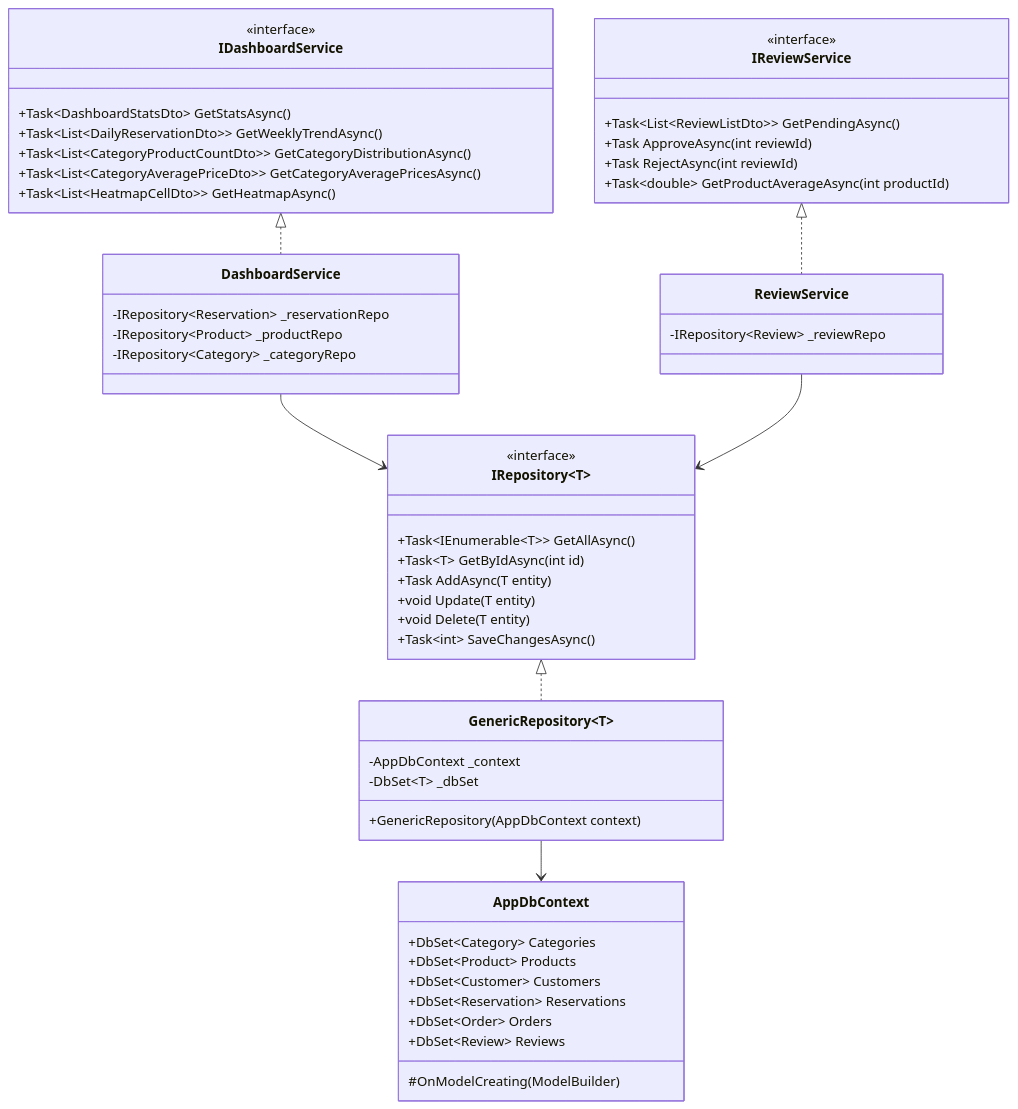
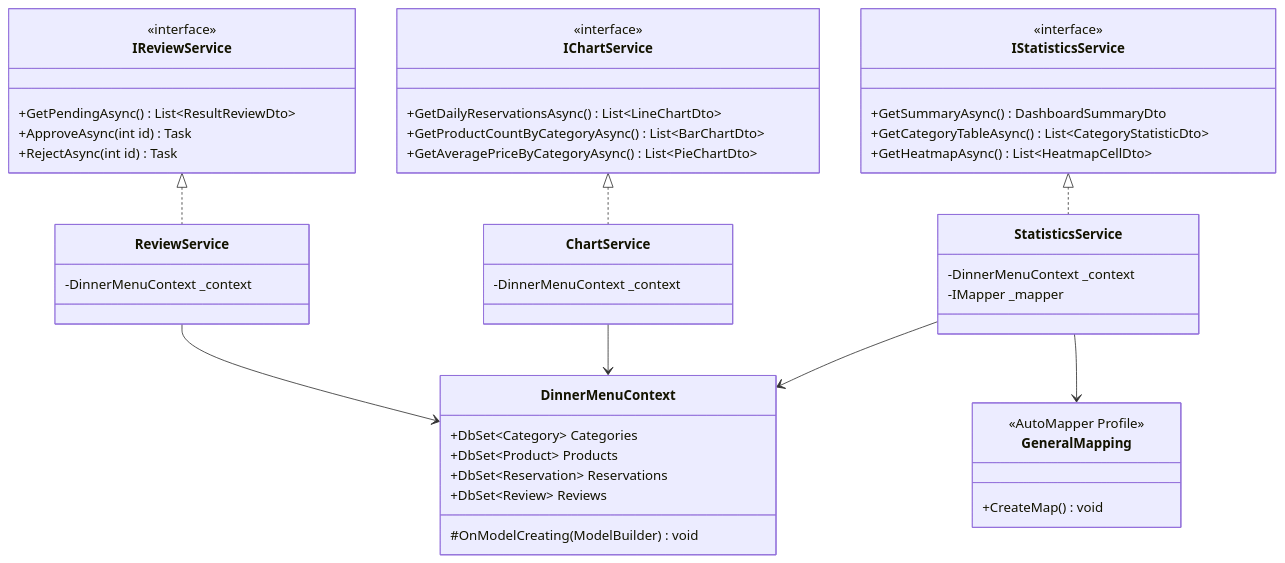
The fifth of 10 diagrams in README.md (yelda-batti0/DinaRestaurant-PostgreSQL), drawn with Mermaid before and after one commit. The commit also changed other lines of this file, not shown here.

````diff
--- a/README.md
+++ b/README.md
@@ -545,64 +459,57 @@
 ```mermaid
 classDiagram
-    direction TB
-
-    class IRepository~T~ {
-        <<interface>>
-        +Task~IEnumerable~T~~ GetAllAsync()
-        +Task~T~ GetByIdAsync(int id)
-        +Task AddAsync(T entity)
-        +void Update(T entity)
-        +void Delete(T entity)
-        +Task~int~ SaveChangesAsync()
+    class DinnerMenuContext {
+        +DbSet~Category~ Categories
+        +DbSet~Product~ Products
+        +DbSet~Reservation~ Reservations
+        +DbSet~Review~ Reviews
+        #OnModelCreating(ModelBuilder) void
     }
 
-    class GenericRepository~T~ {
-        -AppDbContext _context
-        -DbSet~T~ _dbSet
-        +GenericRepository(AppDbContext context)
+    class IStatisticsService {
+        <<interface>>
+        +GetSummaryAsync() DashboardSummaryDto
+        +GetCategoryTableAsync() List~CategoryStatisticDto~
+        +GetHeatmapAsync() List~HeatmapCellDto~
     }
 
-    class IDashboardService {
-        <<interface>>
-        +Task~DashboardStatsDto~ GetStatsAsync()
-        +Task~List~DailyReservationDto~~ GetWeeklyTrendAsync()
-        +Task~List~CategoryProductCountDto~~ GetCategoryDistributionAsync()
-        +Task~List~CategoryAveragePriceDto~~ GetCategoryAveragePricesAsync()
-        +Task~List~HeatmapCellDto~~ GetHeatmapAsync()
+    class StatisticsService {
+        -DinnerMenuContext _context
+        -IMapper _mapper
     }
 
-    class DashboardService {
-        -IRepository~Reservation~ _reservationRepo
-        -IRepository~Product~ _productRepo
-        -IRepository~Category~ _categoryRepo
+    class IChartService {
+        <<interface>>
+        +GetDailyReservationsAsync() List~LineChartDto~
+        +GetProductCountByCategoryAsync() List~BarChartDto~
+        +GetAveragePriceByCategoryAsync() List~PieChartDto~
+    }
+
+    class ChartService {
+        -DinnerMenuContext _context
     }
 
     class IReviewService {
         <<interface>>
-        +Task~List~ReviewListDto~~ GetPendingAsync()
-        +Task ApproveAsync(int reviewId)
-        +Task RejectAsync(int reviewId)
-        +Task~double~ GetProductAverageAsync(int productId)
+        +GetPendingAsync() List~ResultReviewDto~
+        +ApproveAsync(int id) Task
+        +RejectAsync(int id) Task
     }
 
     class ReviewService {
-        -IRepository~Review~ _reviewRepo
+        -DinnerMenuContext _context
     }
 
-    class AppDbContext {
-        +DbSet~Category~ Categories
-        +DbSet~Product~ Products
-        +DbSet~Customer~ Customers
-        +DbSet~Reservation~ Reservations
-        +DbSet~Order~ Orders
-        +DbSet~Review~ Reviews
-        #OnModelCreating(ModelBuilder)
+    class GeneralMapping {
+        <<AutoMapper Profile>>
+        +CreateMap() void
     }
 
-    IRepository~T~ <|.. GenericRepository~T~
-    IDashboardService <|.. DashboardService
+    IStatisticsService <|.. StatisticsService
+    IChartService <|.. ChartService
     IReviewService <|.. ReviewService
-    GenericRepository~T~ --> AppDbContext
-    DashboardService --> IRepository~T~
-    ReviewService --> IRepository~T~
+    StatisticsService --> DinnerMenuContext
+    ChartService --> DinnerMenuContext
+    ReviewService --> DinnerMenuContext
+    StatisticsService --> GeneralMapping
 ```
````
